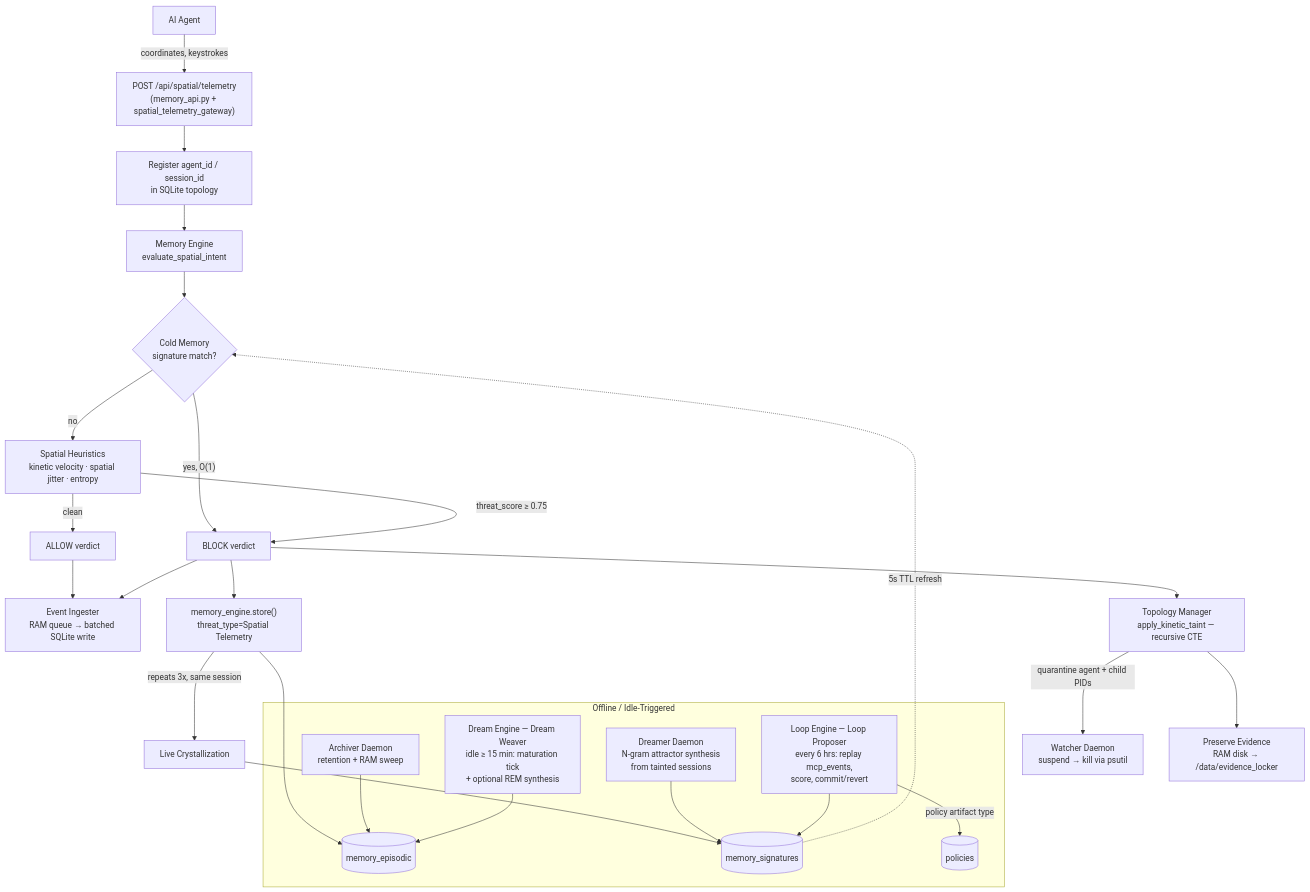
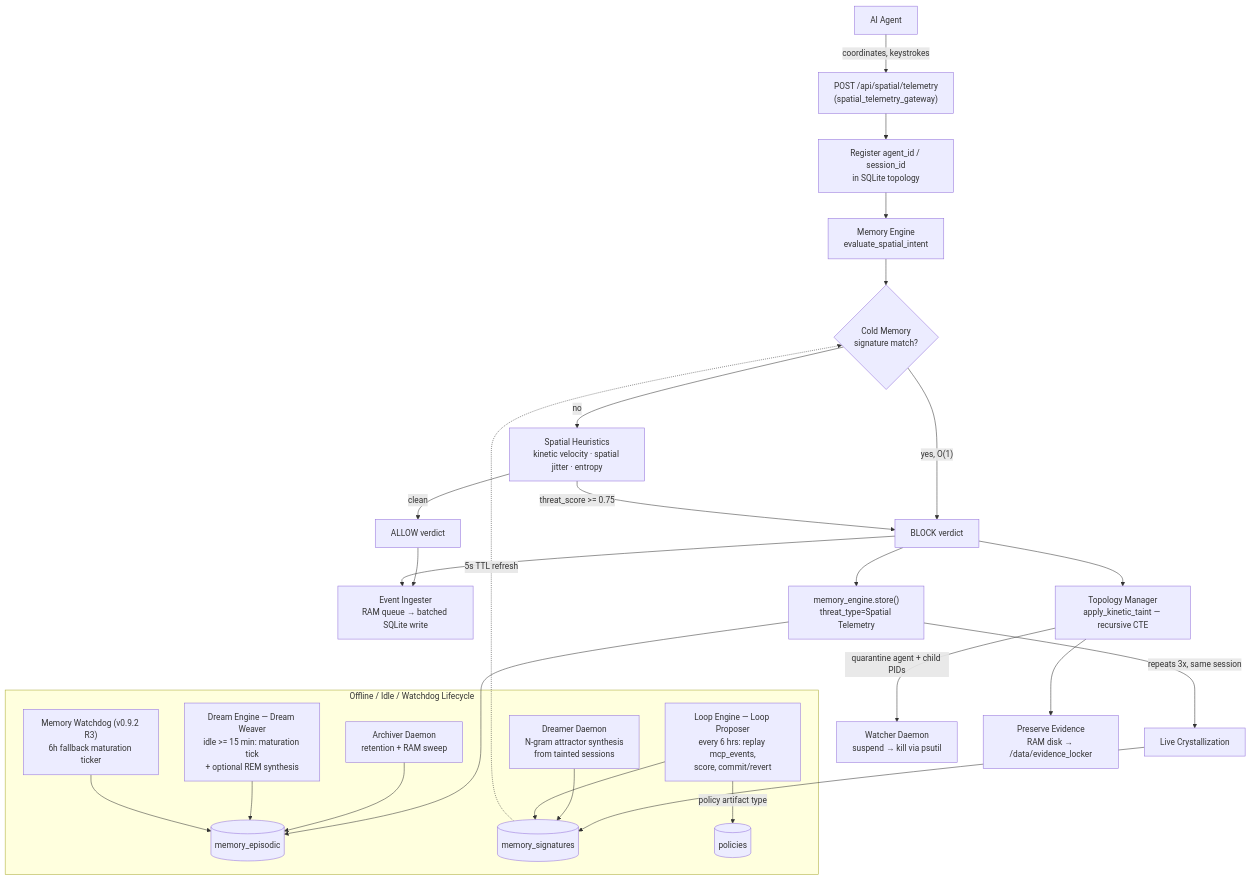
The third of 3 diagrams in docs/ARCHITECTURE.md (butterclaw-tech/butterclaw), drawn with Mermaid before and after one commit. The commit also changed other lines of this file and 29 other files, not shown here.

````diff
--- a/docs/ARCHITECTURE.md
+++ b/docs/ARCHITECTURE.md
@@ -98,34 +128,35 @@
 ```mermaid
 flowchart TD
-    AG[AI Agent] -->|coordinates, keystrokes| GW["POST /api/spatial/telemetry\n(memory_api.py + spatial_telemetry_gateway)"]
+    AG[AI Agent] -->|coordinates, keystrokes| GW["POST /api/spatial/telemetry\n(spatial_telemetry_gateway)"]
     GW --> REG[Register agent_id / session_id\nin SQLite topology]
     REG --> EVAL[Memory Engine\nevaluate_spatial_intent]
 
-    EVAL --> FAST{Cold Memory\nsignature match?}
+    EVAL --> FAST{"Cold Memory\nsignature match?"}
     FAST -->|"yes, O(1)"| BLOCK[BLOCK verdict]
-    FAST -->|no| SLOW[Spatial Heuristics\nkinetic velocity · spatial jitter · entropy]
-    SLOW -->|threat_score ≥ 0.75| BLOCK
+    FAST -->|no| SLOW["Spatial Heuristics\nkinetic velocity · spatial jitter · entropy"]
+    SLOW -->|threat_score >= 0.75| BLOCK
     SLOW -->|clean| ALLOW[ALLOW verdict]
 
-    ALLOW --> ING[Event Ingester\nRAM queue → batched SQLite write]
+    ALLOW --> ING["Event Ingester\nRAM queue → batched SQLite write"]
     BLOCK --> ING
 
     BLOCK --> STORE["memory_engine.store()\nthreat_type=Spatial Telemetry"]
     STORE --> EPISODIC[(memory_episodic)]
     STORE -->|repeats 3x, same session| CRYSTAL[Live Crystallization]
     CRYSTAL --> SIGDB
 
-    BLOCK --> TAINT[Topology Manager\napply_kinetic_taint — recursive CTE]
-    TAINT -->|quarantine agent + child PIDs| WATCH[Watcher Daemon\nsuspend → kill via psutil]
-    TAINT --> EVID[Preserve Evidence\nRAM disk → /data/evidence_locker]
+    BLOCK --> TAINT["Topology Manager\napply_kinetic_taint — recursive CTE"]
+    TAINT -->|quarantine agent + child PIDs| WATCH["Watcher Daemon\nsuspend → kill via psutil"]
+    TAINT --> EVID["Preserve Evidence\nRAM disk → /data/evidence_locker"]
 
-    subgraph OFFLINE [Offline / Idle-Triggered]
-        DREAMER[Dreamer Daemon\nN-gram attractor synthesis\nfrom tainted sessions] --> SIGDB[(memory_signatures)]
-        ARCHIVER[Archiver Daemon\nretention + RAM sweep] --> EPISODIC
-        DREAM[Dream Engine — Dream Weaver\nidle ≥ 15 min: maturation tick\n+ optional REM synthesis] --> EPISODIC
-        LOOP[Loop Engine — Loop Proposer\nevery 6 hrs: replay mcp_events,\nscore, commit/revert] --> SIGDB
+    subgraph OFFLINE ["Offline / Idle / Watchdog Lifecycle"]
+        DREAMER["Dreamer Daemon\nN-gram attractor synthesis\nfrom tainted sessions"] --> SIGDB[(memory_signatures)]
+        ARCHIVER["Archiver Daemon\nretention + RAM sweep"] --> EPISODIC
+        DREAM["Dream Engine — Dream Weaver\nidle >= 15 min: maturation tick\n+ optional REM synthesis"] --> EPISODIC
+        WATCHDOG["Memory Watchdog (v0.9.2 R3)\n6h fallback maturation ticker"] --> EPISODIC
+        LOOP["Loop Engine — Loop Proposer\nevery 6 hrs: replay mcp_events,\nscore, commit/revert"] --> SIGDB
         LOOP -->|policy artifact type| POLDB[(policies)]
     end
 
     SIGDB -.->|5s TTL refresh| FAST
 ```
````
